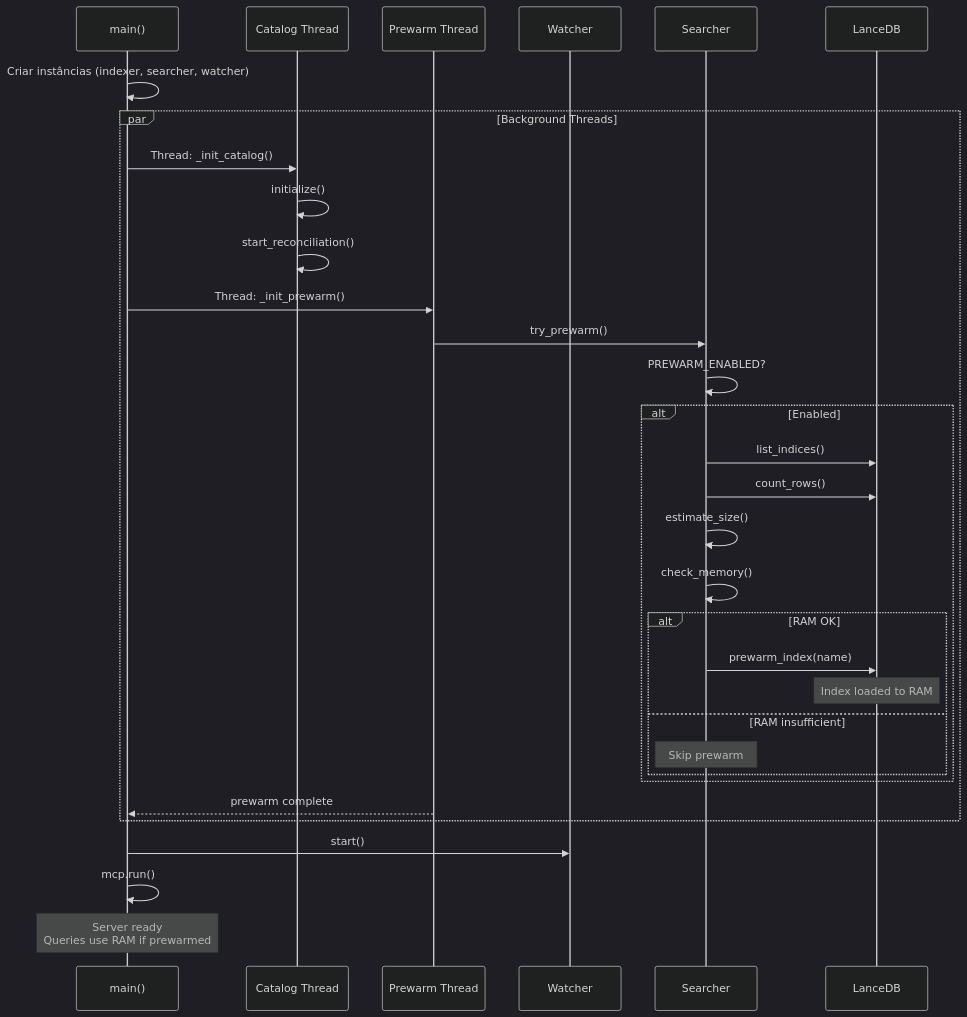
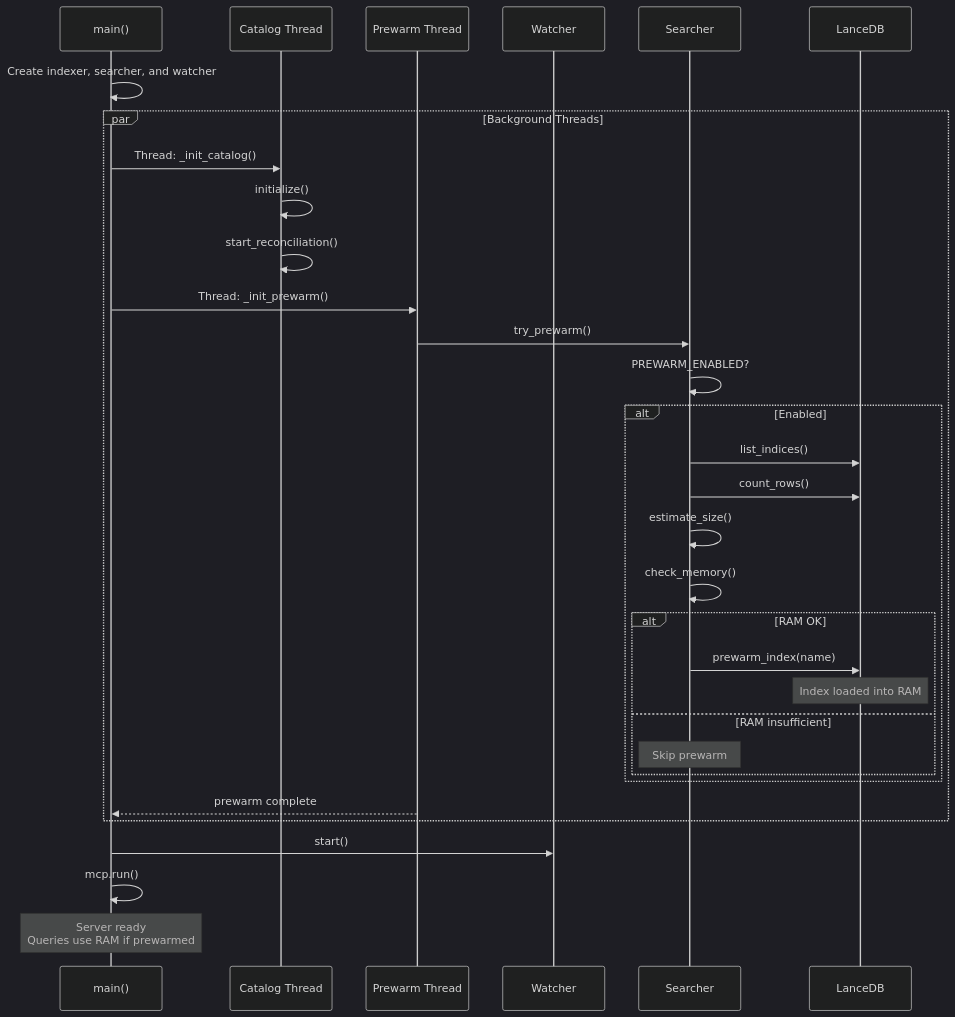
One commit to everton-dgn/vault-search-mcp changed the seventh of 12 diagrams in docs/architecture/diagrams-features.md. Above: the diagram before and after it, drawn with Mermaid (dark theme). The commit also changed other lines of this file and 200 other files, not shown here.

````diff
--- a/docs/architecture/diagrams-features.md
+++ b/docs/architecture/diagrams-features.md
@@ -184,39 +184,39 @@
 ```mermaid
 sequenceDiagram
     participant M as main()
     participant C as Catalog Thread
     participant P as Prewarm Thread
     participant W as Watcher
     participant S as Searcher
     participant L as LanceDB
 
-    M->>M: Criar instâncias (indexer, searcher, watcher)
+    M->>M: Create indexer, searcher, and watcher
 
     par Background Threads
         M->>C: Thread: _init_catalog()
         C->>C: initialize()
         C->>C: start_reconciliation()
 
         M->>P: Thread: _init_prewarm()
         P->>S: try_prewarm()
         S->>S: PREWARM_ENABLED?
         alt Enabled
             S->>L: list_indices()
             S->>L: count_rows()
             S->>S: estimate_size()
             S->>S: check_memory()
             alt RAM OK
                 S->>L: prewarm_index(name)
-                Note over L: Index loaded to RAM
+        Note over L: Index loaded into RAM
             else RAM insufficient
                 Note over S: Skip prewarm
             end
         end
         P-->>M: prewarm complete
     end
 
     M->>W: start()
     M->>M: mcp.run()
 
     Note over M: Server ready<br/>Queries use RAM if prewarmed
 ```
````
